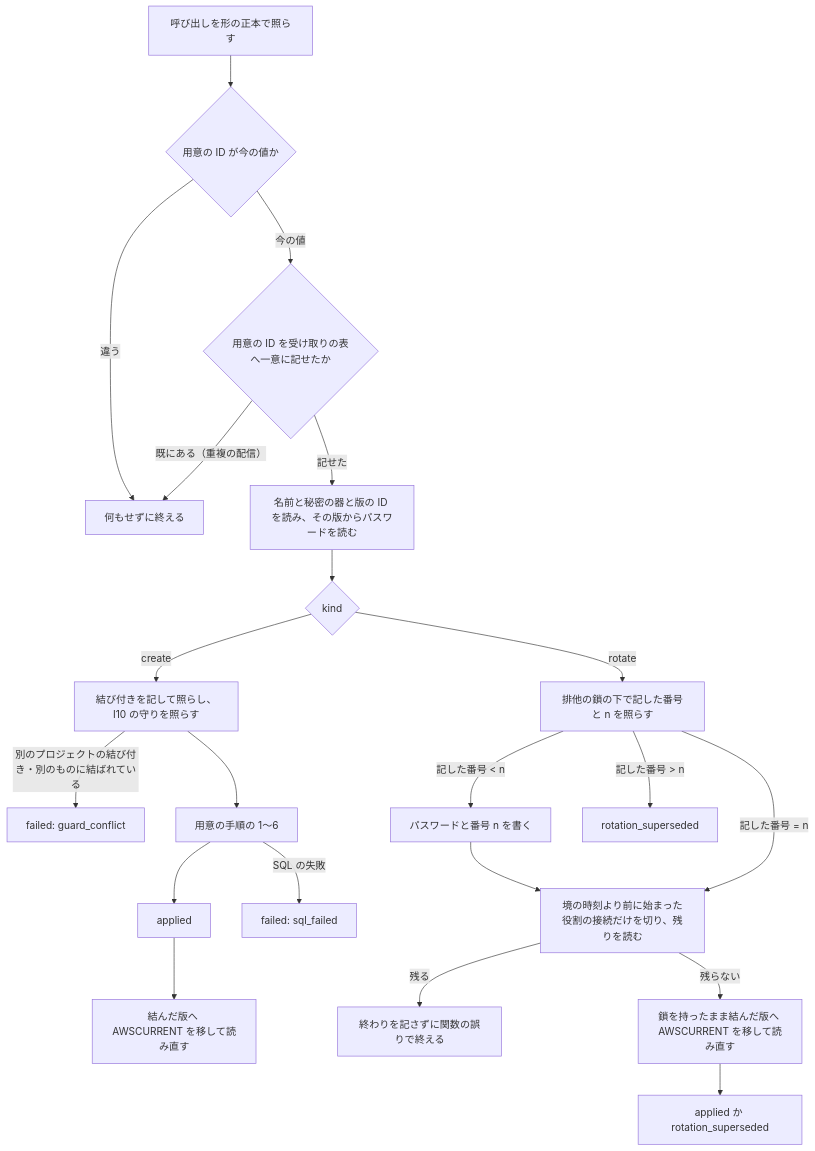
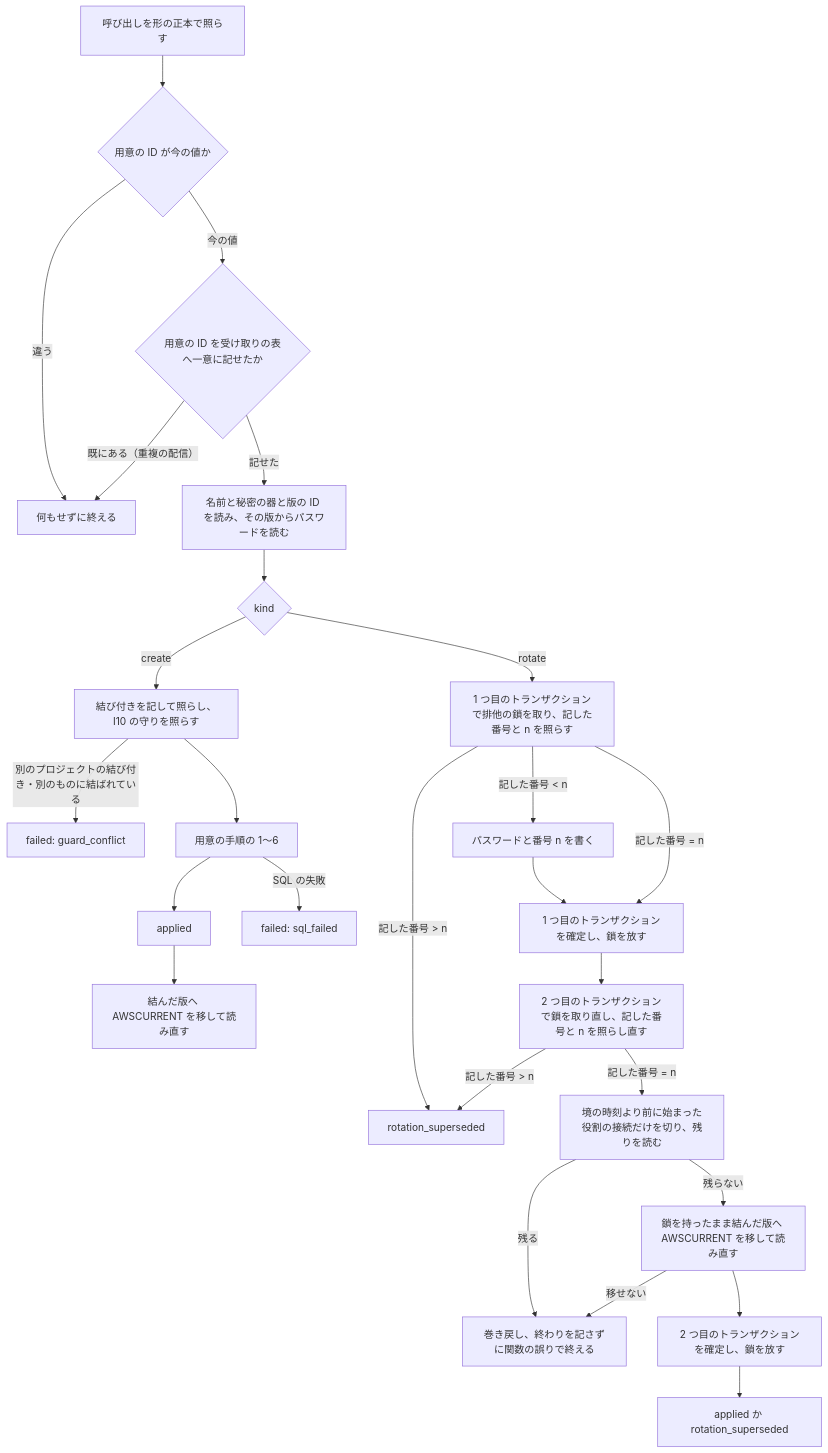
The third of 3 diagrams in issues/issue-13-design.md (devbasex/nd-factory), drawn with Mermaid before and after one commit. The commit also changed 1 other file, not shown here.

Commit message:
Docs: #13 差し替えの図と処理の流れに確定と鎖の取り直しの境を示す（r2-5）（#13）
パスワードを書いたトランザクションの確定、別のトランザクションでの鎖の取り直しと番号の照らし直し、
古い接続の切りと鎖を持ったままの AWSCURRENT の移し、その後の確定を、データの文書のシーケンス図と
課題の設計の処理の流れに書く。AWSCURRENT の移しを作ると差し替えの分岐の中へ移す。

````diff
--- a/issues/issue-13-design.md
+++ b/issues/issue-13-design.md
@@ -186,22 +186,28 @@
 ```mermaid
 flowchart TD
     A[呼び出しを形の正本で照らす] --> B{用意の ID が今の値か}
     B -->|違う| X[何もせずに終える]
     B -->|今の値| Q{用意の ID を受け取りの表へ一意に記せたか}
     Q -->|既にある（重複の配信）| X
     Q -->|記せた| C[名前と秘密の器と版の ID を読み、その版からパスワードを読む]
     C --> D{kind}
     D -->|create| G[結び付きを記して照らし、I10 の守りを照らす]
     G -->|別のプロジェクトの結び付き・別のものに結ばれている| F2["failed: guard_conflict"]
     G --> H[用意の手順の 1〜6]
     H --> OK[applied]
     OK --> P[結んだ版へ AWSCURRENT を移して読み直す]
     H -->|SQL の失敗| F4["failed: sql_failed"]
-    D -->|rotate| R[排他の鎖の下で記した番号と n を照らす]
-    R -->|記した番号 < n| W[パスワードと番号 n を書く] --> K[境の時刻より前に始まった役割の接続だけを切り、残りを読む]
-    R -->|記した番号 = n| K
+    D -->|rotate| R[1 つ目のトランザクションで排他の鎖を取り、記した番号と n を照らす]
+    R -->|記した番号 < n| W[パスワードと番号 n を書く]
+    W --> C1[1 つ目のトランザクションを確定し、鎖を放す]
+    R -->|記した番号 = n| C1
     R -->|記した番号 > n| S[rotation_superseded]
-    K -->|残る| E3[終わりを記さずに関数の誤りで終える]
+    C1 --> L2[2 つ目のトランザクションで鎖を取り直し、記した番号と n を照らし直す]
+    L2 -->|記した番号 > n| S
+    L2 -->|記した番号 = n| K[境の時刻より前に始まった役割の接続だけを切り、残りを読む]
+    K -->|残る| E3[巻き戻し、終わりを記さずに関数の誤りで終える]
     K -->|残らない| P2[鎖を持ったまま結んだ版へ AWSCURRENT を移して読み直す]
-    P2 --> OK2[applied か rotation_superseded]
+    P2 -->|移せない| E3
+    P2 --> C2[2 つ目のトランザクションを確定し、鎖を放す]
+    C2 --> OK2[applied か rotation_superseded]
 ```
````
